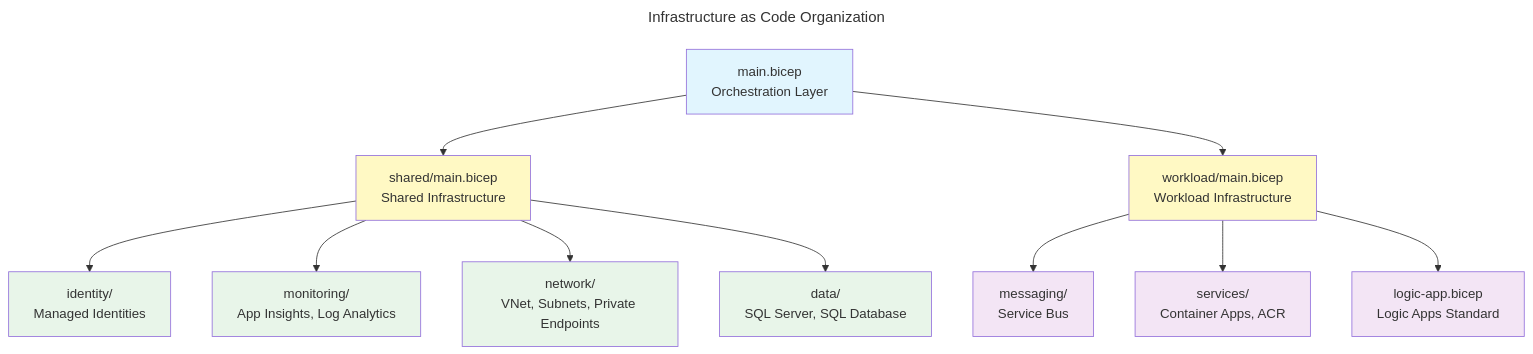
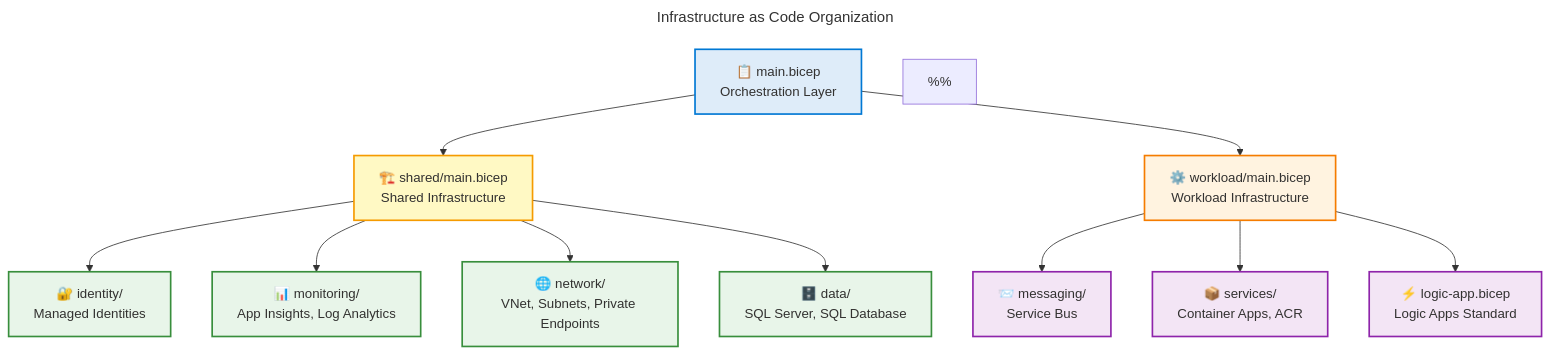
Before and after one commit to Evilazaro/Azure-LogicApps-Monitoring: the second of 3 diagrams in README.md, drawn with Mermaid. The commit also changed other lines of this file, not shown here.

Commit message:
docs: enhance architecture diagrams with improved descriptions and color coding for clarity and accessibility

````diff
--- a/README.md
+++ b/README.md
@@ -1467,30 +1489,43 @@
 ```mermaid
 ---
 title: "Infrastructure as Code Organization"
 ---
 graph TD
-    Main[main.bicep<br/>Orchestration Layer]
+    accTitle: Infrastructure as Code Organization
+    accDescr: Hierarchical diagram showing Bicep infrastructure organization with main orchestration layer connecting to shared infrastructure modules including identity, monitoring, network, and data, and workload infrastructure modules including messaging, container services, and Logic Apps
 
-    Main --> Shared[shared/main.bicep<br/>Shared Infrastructure]
-    Main --> Workload[workload/main.bicep<br/>Workload Infrastructure]
+    Main["📋 main.bicep<br/>Orchestration Layer"]
 
-    Shared --> Identity[identity/<br/>Managed Identities]
-    Shared --> Monitoring[monitoring/<br/>App Insights, Log Analytics]
-    Shared --> Network[network/<br/>VNet, Subnets, Private Endpoints]
-    Shared --> Data[data/<br/>SQL Server, SQL Database]
+    Main --> Shared["🏗️ shared/main.bicep<br/>Shared Infrastructure"]
+    Main --> Workload["⚙️ workload/main.bicep<br/>Workload Infrastructure"]
 
-    Workload --> Messaging[messaging/<br/>Service Bus]
-    Workload --> Services[services/<br/>Container Apps, ACR]
-    Workload --> LogicApp[logic-app.bicep<br/>Logic Apps Standard]
+    Shared --> Identity["🔐 identity/<br/>Managed Identities"]
+    Shared --> Monitoring["📊 monitoring/<br/>App Insights, Log Analytics"]
+    Shared --> Network["🌐 network/<br/>VNet, Subnets, Private Endpoints"]
+    Shared --> Data["🗄️ data/<br/>SQL Server, SQL Database"]
 
-    style Main fill:#E1F5FE
-    style Shared fill:#FFF9C4
-    style Workload fill:#FFF9C4
-    style Identity fill:#E8F5E9
-    style Monitoring fill:#E8F5E9
-    style Network fill:#E8F5E9
-    style Data fill:#E8F5E9
-    style Messaging fill:#F3E5F5
-    style Services fill:#F3E5F5
-    style LogicApp fill:#F3E5F5
+    Workload --> Messaging["📨 messaging/<br/>Service Bus"]
+    Workload --> Services["📦 services/<br/>Container Apps, ACR"]
+    Workload --> LogicAppMod["⚡ logic-app.bicep<br/>Logic Apps Standard"]
+
+    style Main fill:#DEECF9,stroke:#0078D4,stroke-width:2px,color:#323130
+    style Shared fill:#FFF9C4,stroke:#F59B00,stroke-width:2px,color:#323130
+    style Workload fill:#FFF3E0,stroke:#F57C00,stroke-width:2px,color:#323130
+    style Identity fill:#E8F5E9,stroke:#388E3C,stroke-width:2px,color:#323130
+    style Monitoring fill:#E8F5E9,stroke:#388E3C,stroke-width:2px,color:#323130
+    style Network fill:#E8F5E9,stroke:#388E3C,stroke-width:2px,color:#323130
+    style Data fill:#E8F5E9,stroke:#388E3C,stroke-width:2px,color:#323130
+    style Messaging fill:#F3E5F5,stroke:#8E24AA,stroke-width:2px,color:#323130
+    style Services fill:#F3E5F5,stroke:#8E24AA,stroke-width:2px,color:#323130
+    style LogicAppMod fill:#F3E5F5,stroke:#8E24AA,stroke-width:2px,color:#323130
+
+    %% Color Palette Documentation
+    %% azureBlue (#DEECF9): Orchestration layer
+    %% azureYellow (#FFF9C4): Shared infrastructure modules
+    %% azureOrange (#FFF3E0): Workload infrastructure layer
+    %% azureGreen (#E8F5E9): Shared resource modules
+    %% azurePurple (#F3E5F5): Workload resource modules
+    %%
+    %% Accessibility: WCAG AA compliant (4.5:1 contrast ratio)
+    %% Icons: Semantic emojis for visual identification of infrastructure components
 ```
````
